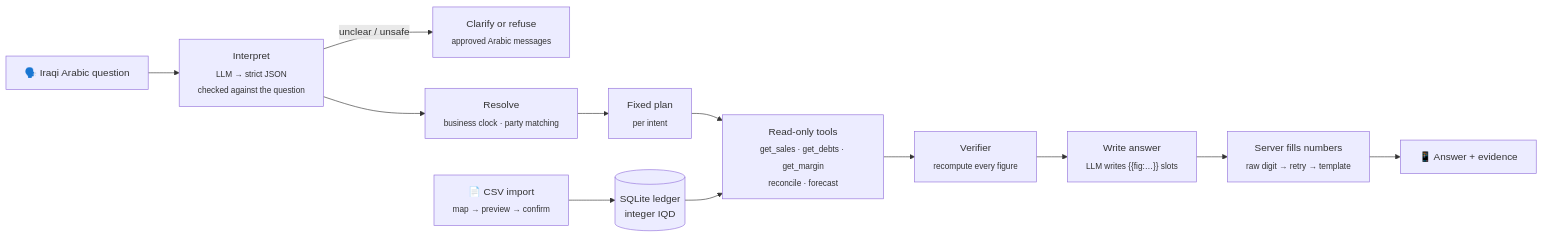
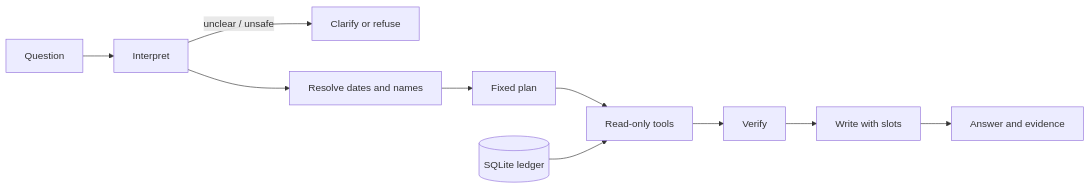
Before and after one commit to abdulwahed-s/Shgad: the diagram in README.md, drawn with Mermaid. The commit also changed other lines of this file and 11 other files, not shown here.

````diff
--- a/README.md
+++ b/README.md
@@ -197,14 +107,12 @@
 ```mermaid
 flowchart LR
-    Q["🗣️ Iraqi Arabic question"] --> I["Interpret<br/><sub>LLM → strict JSON<br/>checked against the question</sub>"]
-    I -->|unclear / unsafe| C["Clarify or refuse<br/><sub>approved Arabic messages</sub>"]
-    I --> R["Resolve<br/><sub>business clock · party matching</sub>"]
-    R --> P["Fixed plan<br/><sub>per intent</sub>"]
-    P --> T["Read-only tools<br/><sub>get_sales · get_debts · get_margin<br/>reconcile · forecast</sub>"]
-    L[("SQLite ledger<br/>integer IQD")] --> T
-    T --> V["Verifier<br/><sub>recompute every figure</sub>"]
-    V --> N["Write answer<br/><sub>LLM writes {{fig:…}} slots</sub>"]
-    N --> F["Server fills numbers<br/><sub>raw digit → retry → template</sub>"]
-    F --> A["📱 Answer + evidence"]
-    CSV["📄 CSV import<br/><sub>map → preview → confirm</sub>"] --> L
+    Q[Question] --> I[Interpret]
+    I -- unclear / unsafe --> C[Clarify or refuse]
+    I --> R[Resolve dates and names]
+    R --> P[Fixed plan]
+    P --> T[Read-only tools]
+    DB[(SQLite ledger)] --> T
+    T --> V[Verify]
+    V --> W[Write with slots]
+    W --> A[Answer and evidence]
 ```
````
